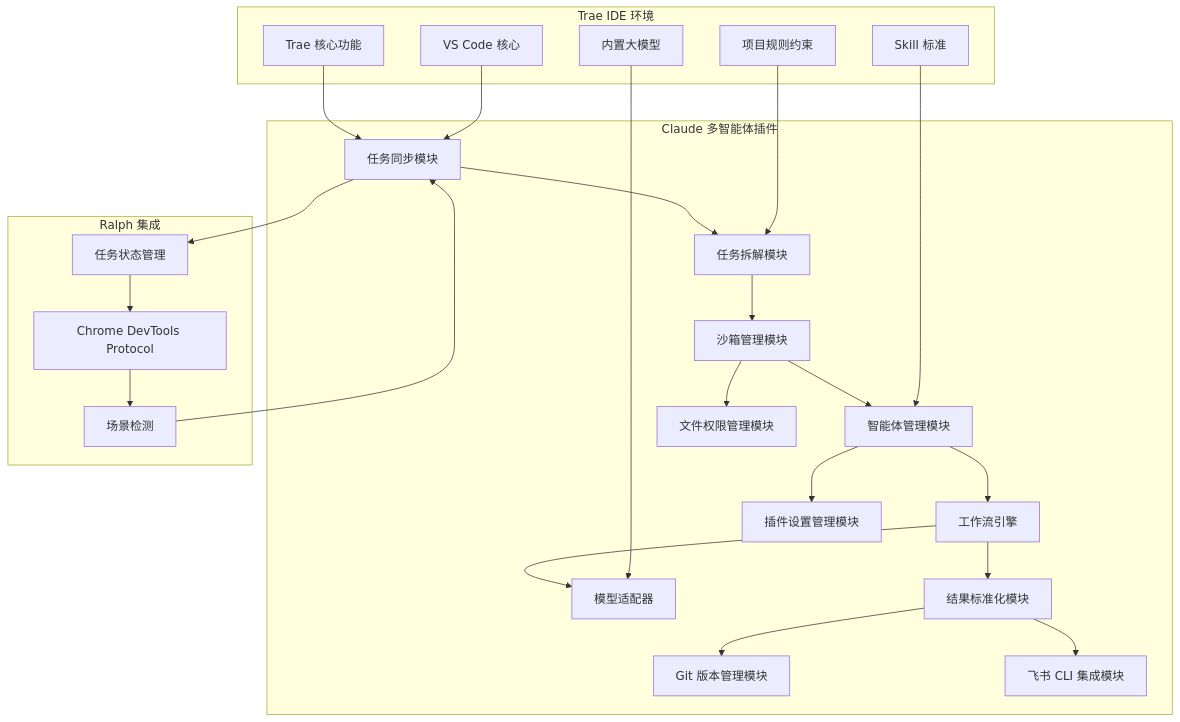
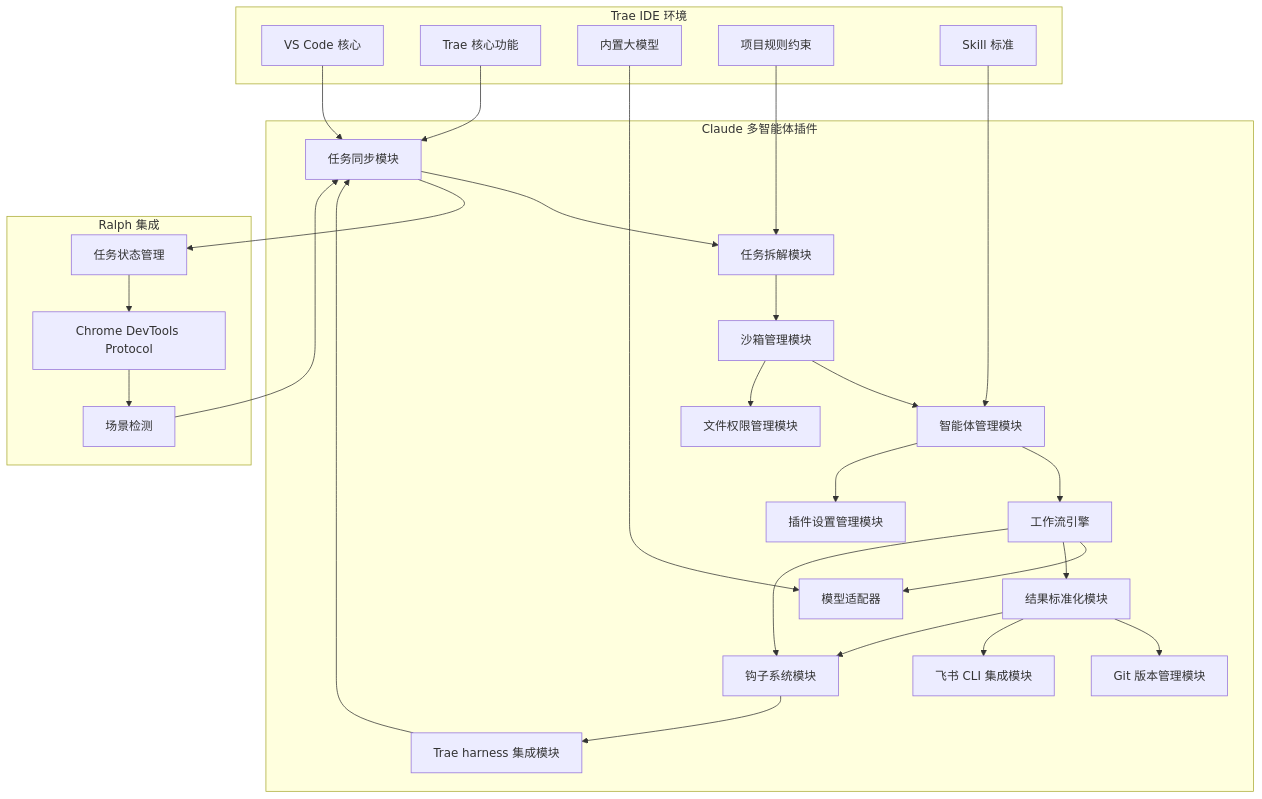
Before and after one commit to jimiechen/cityCloud: the first of 5 diagrams in docs/superpowers/specs/2026-04-06-trae-claude-multiagent-design.md, drawn with Mermaid. The commit also changed other lines of this file, not shown here.

Commit message:
feat: 移植 Claude 到 Trae IDE 插件

````diff
--- a/docs/superpowers/specs/2026-04-06-trae-claude-multiagent-design.md
+++ b/docs/superpowers/specs/2026-04-06-trae-claude-multiagent-design.md
@@ -66,52 +70,58 @@
 ```mermaid
 flowchart TD
     subgraph TraeIDE["Trae IDE 环境"]
         VSCode["VS Code 核心"]
         TraeCore["Trae 核心功能"]
         Model["内置大模型"]
         Rules["项目规则约束"]
         Skills["Skill 标准"]
     end
 
     subgraph Plugin["Claude 多智能体插件"]
         TaskSync["任务同步模块"]
         TaskParser["任务拆解模块"]
         SandboxManager["沙箱管理模块"]
         AgentManager["智能体管理模块"]
         WorkflowEngine["工作流引擎"]
         ModelAdapter["模型适配器"]
         ResultStandardizer["结果标准化模块"]
         GitManager["Git 版本管理模块"]
         FeishuCLI["飞书 CLI 集成模块"]
         FilePermission["文件权限管理模块"]
         SettingsManager["插件设置管理模块"]
+        HookSystem["钩子系统模块"]
+        HarnessIntegration["Trae harness 集成模块"]
     end
 
     subgraph RalphIntegration["Ralph 集成"]
         TaskManager["任务状态管理"]
         CDP["Chrome DevTools Protocol"]
         ScenarioDetector["场景检测"]
     end
 
     VSCode --> TaskSync
     TraeCore --> TaskSync
     Model --> ModelAdapter
     Rules --> TaskParser
     Skills --> AgentManager
 
     TaskSync --> TaskParser
     TaskParser --> SandboxManager
     SandboxManager --> AgentManager
     AgentManager --> WorkflowEngine
     WorkflowEngine --> ModelAdapter
     WorkflowEngine --> ResultStandardizer
     ResultStandardizer --> GitManager
     ResultStandardizer --> FeishuCLI
     SandboxManager --> FilePermission
     AgentManager --> SettingsManager
+    WorkflowEngine --> HookSystem
+    ResultStandardizer --> HookSystem
+    HookSystem --> HarnessIntegration
+    HarnessIntegration --> TaskSync
 
     TaskSync --> TaskManager
     TaskManager --> CDP
     CDP --> ScenarioDetector
     ScenarioDetector --> TaskSync
 ```
````
